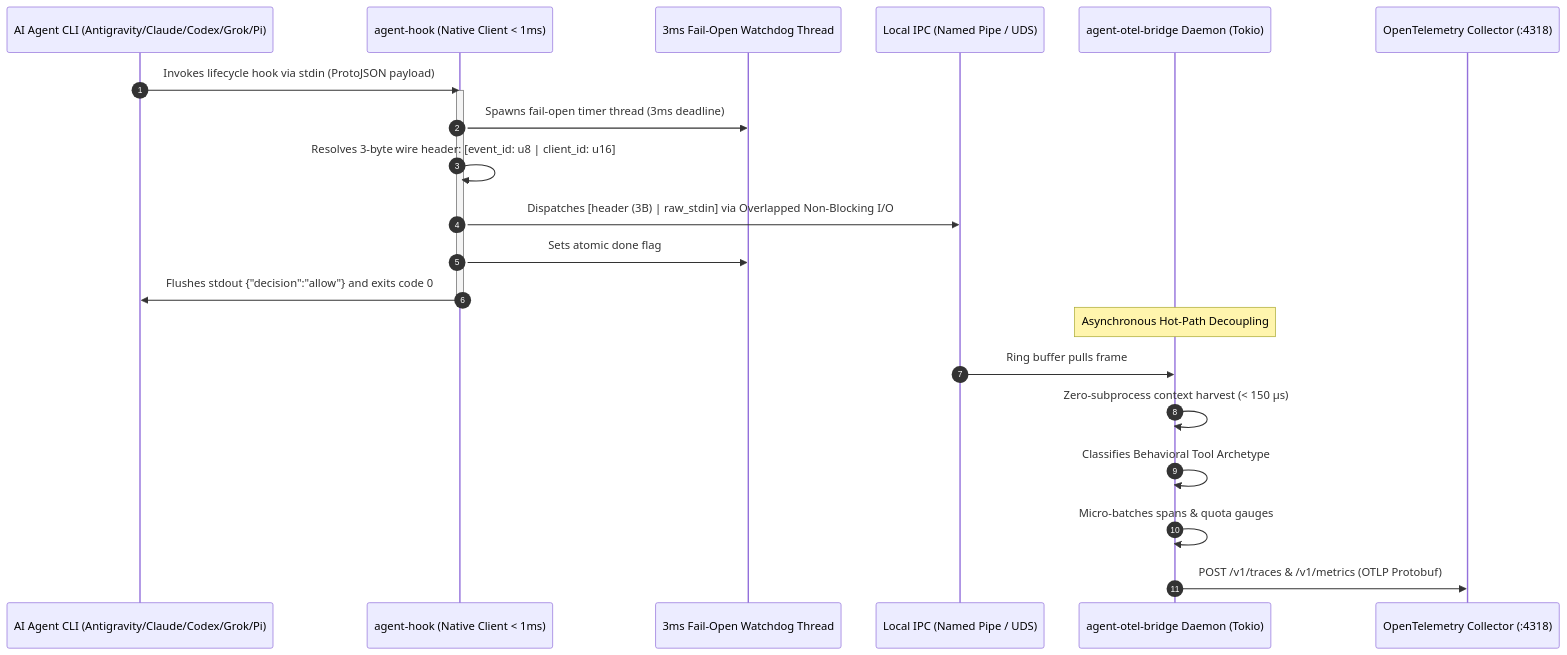
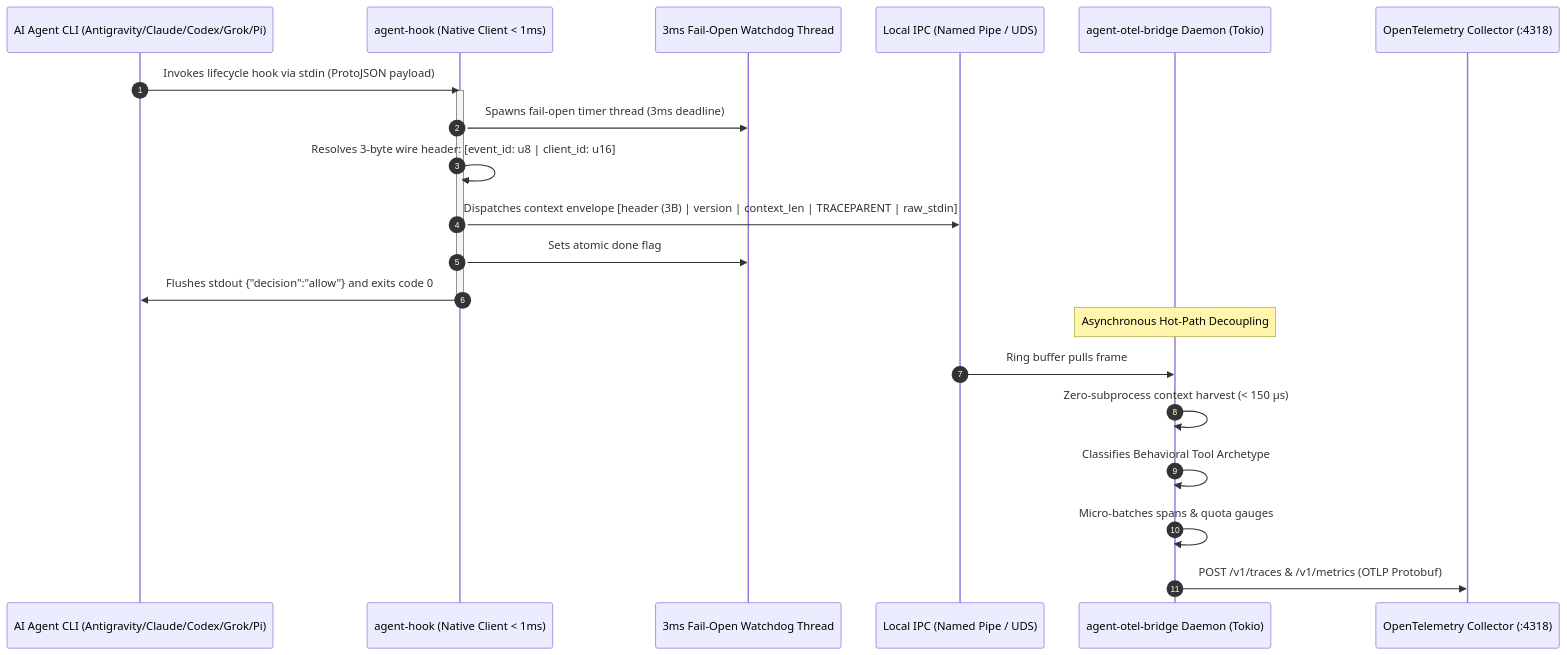
One commit to smota/agent-otel-bridge changed the diagram in docs/NATIVE_CLI_INSTRUMENTATION.md. Above: the diagram before and after it, drawn with Mermaid. The commit also changed other lines of this file and 57 other files, not shown here.

Commit message:
feat: add fleet smoke lab and preserve hook trace context

````diff
--- a/docs/NATIVE_CLI_INSTRUMENTATION.md
+++ b/docs/NATIVE_CLI_INSTRUMENTATION.md
@@ -30,26 +30,26 @@
 ```mermaid
 sequenceDiagram
     autonumber
     participant Harness as AI Agent CLI (Antigravity/Claude/Codex/Grok/Pi)
     participant Hook as agent-hook (Native Client < 1ms)
     participant Watchdog as 3ms Fail-Open Watchdog Thread
     participant Pipe as Local IPC (Named Pipe / UDS)
     participant Daemon as agent-otel-bridge Daemon (Tokio)
     participant OTel as OpenTelemetry Collector (:4318)
 
     Harness->>Hook: Invokes lifecycle hook via stdin (ProtoJSON payload)
     activate Hook
     Hook->>Watchdog: Spawns fail-open timer thread (3ms deadline)
     Hook->>Hook: Resolves 3-byte wire header: [event_id: u8 | client_id: u16]
-    Hook->>Pipe: Dispatches [header (3B) | raw_stdin] via Overlapped Non-Blocking I/O
+    Hook->>Pipe: Dispatches context envelope [header (3B) | version | context_len | TRACEPARENT | raw_stdin]
     Hook->>Watchdog: Sets atomic done flag
     Hook->>Harness: Flushes stdout {"decision":"allow"} and exits code 0
     deactivate Hook
 
     Note over Daemon: Asynchronous Hot-Path Decoupling
     Pipe->>Daemon: Ring buffer pulls frame
     Daemon->>Daemon: Zero-subprocess context harvest (< 150 µs)
     Daemon->>Daemon: Classifies Behavioral Tool Archetype
     Daemon->>Daemon: Micro-batches spans & quota gauges
     Daemon->>OTel: POST /v1/traces & /v1/metrics (OTLP Protobuf)
 ```
````
